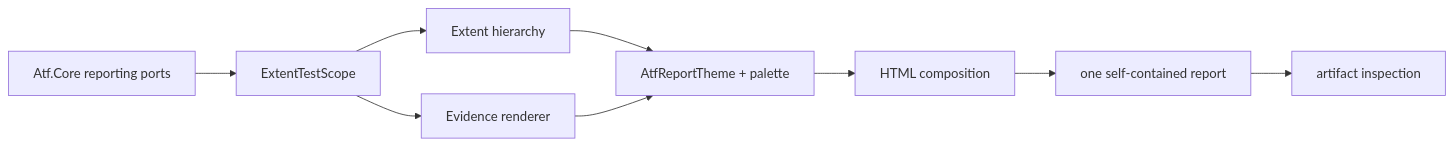
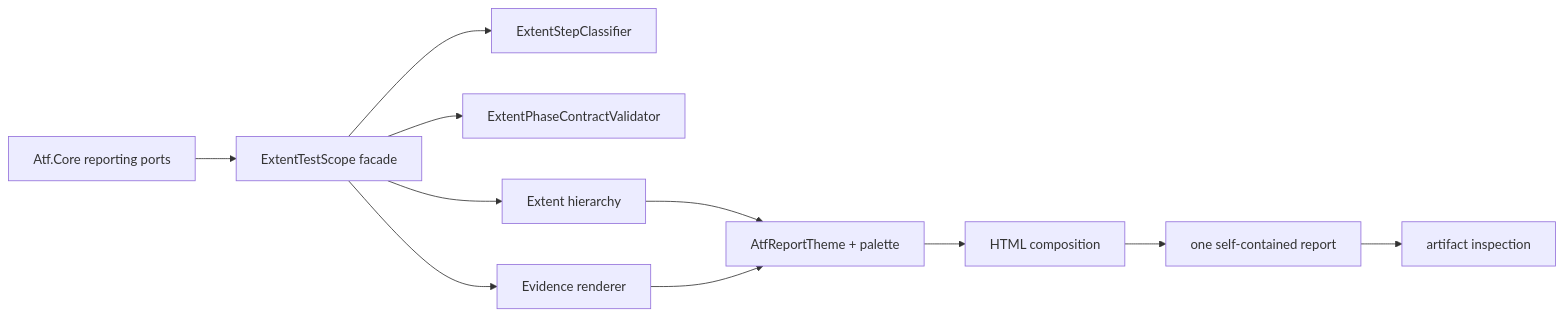
One commit to crististefanita/CS1 changed the first of 3 diagrams in Atf.Reporting.Extent/README.md. Above: the diagram before and after it, drawn with Mermaid. The commit also changed other lines of this file and 18 other files, not shown here.

````diff
--- a/Atf.Reporting.Extent/README.md
+++ b/Atf.Reporting.Extent/README.md
@@ -10,11 +10,13 @@
 ```mermaid
 flowchart LR
-    Core[Atf.Core reporting ports] --> Scope[ExtentTestScope]
+    Core[Atf.Core reporting ports] --> Scope[ExtentTestScope facade]
+    Scope --> Classifier[ExtentStepClassifier]
+    Scope --> Contract[ExtentPhaseContractValidator]
     Scope --> Tree[Extent hierarchy]
     Scope --> Evidence[Evidence renderer]
     Tree --> Theme[AtfReportTheme + palette]
     Evidence --> Theme
     Theme --> Compose[HTML composition]
     Compose --> Artifact[one self-contained report]
     Artifact --> Inspect[artifact inspection]
 ```
````
